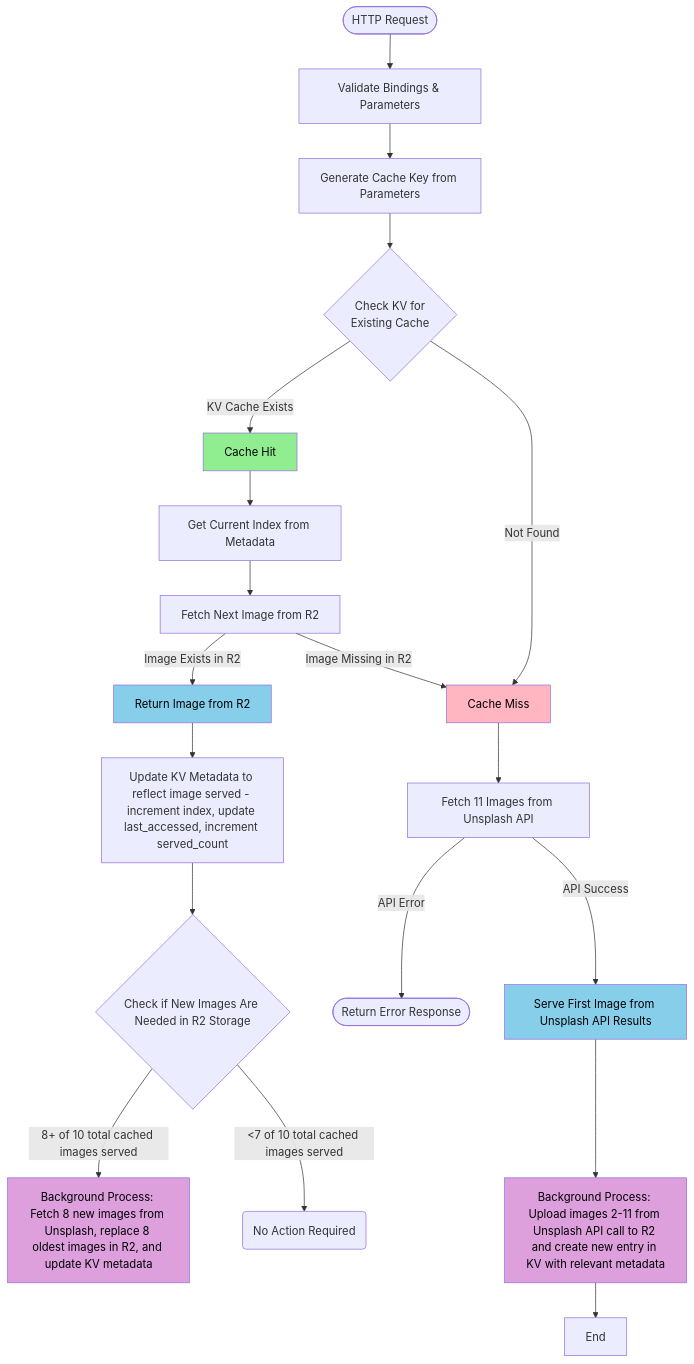
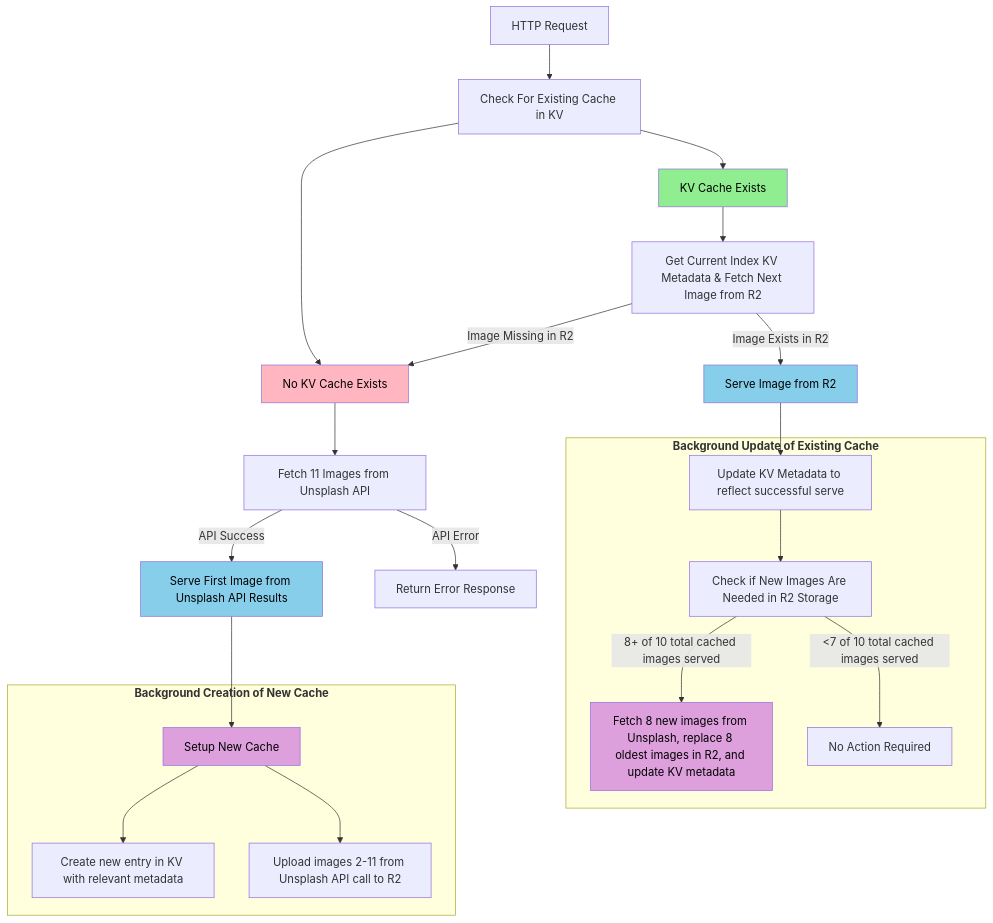
One commit to connorshinn/unsplash-Backgrounds changed the first of 2 diagrams in README.md. Above: the diagram before and after it, drawn with Mermaid. The commit also changed other lines of this file and 3 other files, not shown here.

````diff
--- a/README.md
+++ b/README.md
@@ -125,33 +182,35 @@
 ```mermaid
 flowchart TD
-    Start([HTTP Request]) --> Validate[Validate Bindings & Parameters]
-    Validate --> GenKey[Generate Cache Key from Parameters]
-    GenKey --> CheckKV{Check KV for<br/>Existing Cache}
-    
+    Start[HTTP Request] --> CacheCheck[Check For Existing Cache in KV]
+    CacheCheck --> CacheHit[KV Cache Exists]
+    CacheCheck --> CacheMiss[No KV Cache Exists]
+
     %% Cache Hit Path
-    CheckKV -->|KV Cache Exists| CacheHit[Cache Hit]
-    CacheHit --> GetIndex[Get Current Index from Metadata]
-    GetIndex --> FetchR2[Fetch Next Image from R2]
-    FetchR2 -->|Image Exists in R2| ServeImage[Return Image from R2]
+    CacheHit --> FetchR2[Get Current Index KV Metadata & Fetch Next Image from R2]
+    FetchR2 -->|Image Exists in R2| ServeImage[Serve Image from R2]
     FetchR2 -->|Image Missing in R2| CacheMiss
-    ServeImage --> UpdateMeta[Update KV Metadata to reflect image served - increment index, update last_accessed, increment served_count]
-    UpdateMeta --> CheckRefresh{Check if New Images Are Needed in R2 Storage}
-    CheckRefresh -->|8+ of 10 total cached images served| RefreshCache[Background Process: <br/>Fetch 8 new images from Unsplash, replace 8 oldest images in R2, and update KV metadata]
-    CheckRefresh -->|<7 of 10 total cached images served| NoActionRequired(No Action Required)
+    ServeImage --> UpdateMeta[Update KV Metadata to reflect successful serve]
+    subgraph "`**Background Update of Existing Cache**`"
+    UpdateMeta --> CheckRefresh[Check if New Images Are Needed in R2 Storage]
+    CheckRefresh -->|8+ of 10 total cached images served| RefreshCache[Fetch 8 new images from Unsplash, replace 8 oldest images in R2, and update KV metadata]
+    CheckRefresh -->|<7 of 10 total cached images served| NoActionRequired[No Action Required]
+    end
 
     
     %% Cache Miss Path
-    CheckKV -->|Not Found| CacheMiss[Cache Miss]
     CacheMiss --> FetchUnsplash[Fetch 11 Images from Unsplash API]
-    FetchUnsplash -->|API Error| ErrorResponse([Return Error Response])
+    FetchUnsplash -->|API Error| ErrorResponse[Return Error Response]
     FetchUnsplash -->|API Success| ServeFirst[Serve First Image from Unsplash API Results]
-    ServeFirst --> PopulateCache[Background Process: <br/>Upload images 2-11 from Unsplash API call to R2 and create new entry in KV with relevant metadata]
-    PopulateCache --> End
-    
+    ServeFirst --> GenerateNewCache[Setup New Cache] 
+    subgraph "`**Background Creation of New Cache**`"
+    GenerateNewCache --> PopulateNewKVCache[Create new entry in KV with relevant metadata]
+    GenerateNewCache --> PopulateR2[Upload images 2-11 from Unsplash API call to R2]
+    end
+
     style CacheHit fill:#90EE90,color:#000000
     style CacheMiss fill:#FFB6C1,color:#000000
     style ServeImage fill:#87CEEB,color:#000000
     style ServeFirst fill:#87CEEB,color:#000000
     style RefreshCache fill:#DDA0DD,color:#000000
-    style PopulateCache fill:#DDA0DD,color:#000000
+    style GenerateNewCache fill:#DDA0DD,color:#000000  
 ```
````
